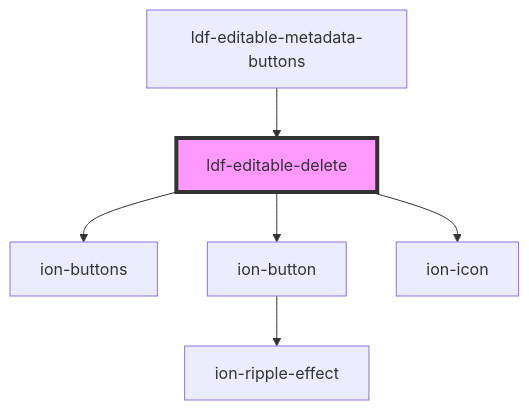
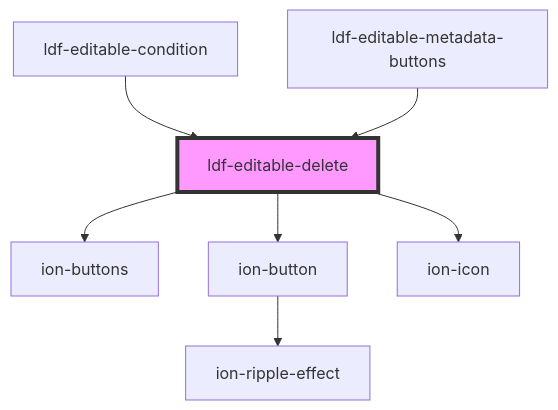
The diagram in components/src/components/editable-delete/readme.md (gbj/venite), drawn with Mermaid before and after one commit. The commit also changed other lines of this file and 13 other files, not shown here.

````diff
--- a/components/src/components/editable-delete/readme.md
+++ b/components/src/components/editable-delete/readme.md
@@ -37,9 +38,10 @@
 ```mermaid
 graph TD;
   ldf-editable-delete --> ion-buttons
   ldf-editable-delete --> ion-button
   ldf-editable-delete --> ion-icon
   ion-button --> ion-ripple-effect
+  ldf-editable-condition --> ldf-editable-delete
   ldf-editable-metadata-buttons --> ldf-editable-delete
   style ldf-editable-delete fill:#f9f,stroke:#333,stroke-width:4px
 ```
````
